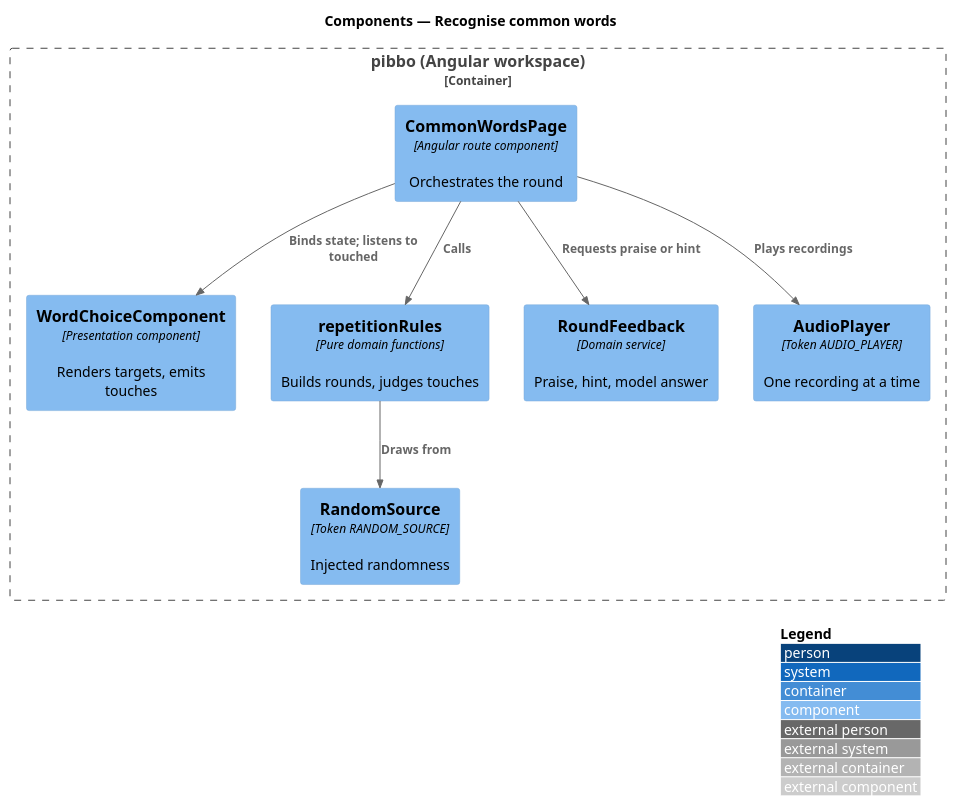
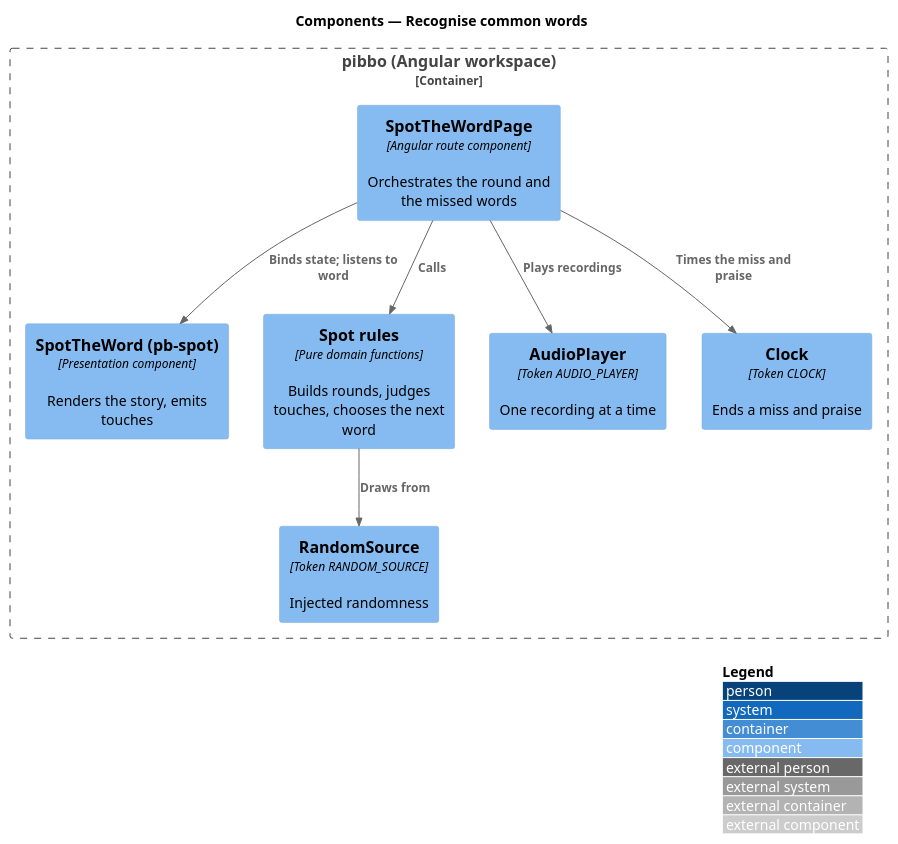
One commit to QuinntyneBrown/pibbo changed the diagram in docs/detailed-designs/sound-out/recognise-common-words/diagrams/c4-component.puml. Above: the diagram before and after it, drawn with PlantUML. The commit also changed 13 other files, not shown here.

First line of the commit message:
Align Spot the word: L2-019 follows the story mock, ADR 0022, the design, and Home's card drawn first

```diff
--- a/docs/detailed-designs/sound-out/recognise-common-words/diagrams/c4-component.puml
+++ b/docs/detailed-designs/sound-out/recognise-common-words/diagrams/c4-component.puml
@@ -1,18 +1,18 @@
 @startuml
 !include <C4/C4_Component>
 LAYOUT_WITH_LEGEND()
 title Components — Recognise common words
 Container_Boundary(b, "pibbo (Angular workspace)") {
-  Component(page, "CommonWordsPage", "Angular route component", "Orchestrates the round")
-  Component(view, "WordChoiceComponent", "Presentation component", "Renders targets, emits touches")
-  Component(rules, "repetitionRules", "Pure domain functions", "Builds rounds, judges touches")
-  Component(fb, "RoundFeedback", "Domain service", "Praise, hint, model answer")
+  Component(page, "SpotTheWordPage", "Angular route component", "Orchestrates the round and the missed words")
+  Component(view, "SpotTheWord (pb-spot)", "Presentation component", "Renders the story, emits touches")
+  Component(rules, "Spot rules", "Pure domain functions", "Builds rounds, judges touches, chooses the next word")
   Component(audio, "AudioPlayer", "Token AUDIO_PLAYER", "One recording at a time")
   Component(rnd, "RandomSource", "Token RANDOM_SOURCE", "Injected randomness")
+  Component(clock, "Clock", "Token CLOCK", "Ends a miss and praise")
 }
-Rel(page, view, "Binds state; listens to touched")
+Rel(page, view, "Binds state; listens to word")
 Rel(page, rules, "Calls")
 Rel(rules, rnd, "Draws from")
 Rel(page, audio, "Plays recordings")
-Rel(page, fb, "Requests praise or hint")
+Rel(page, clock, "Times the miss and praise")
 @enduml
```
